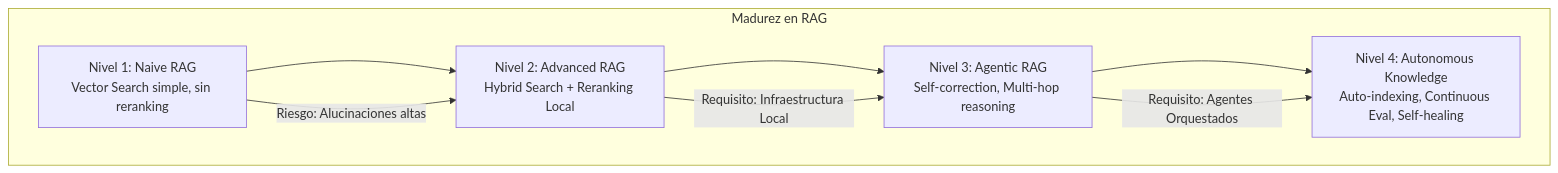
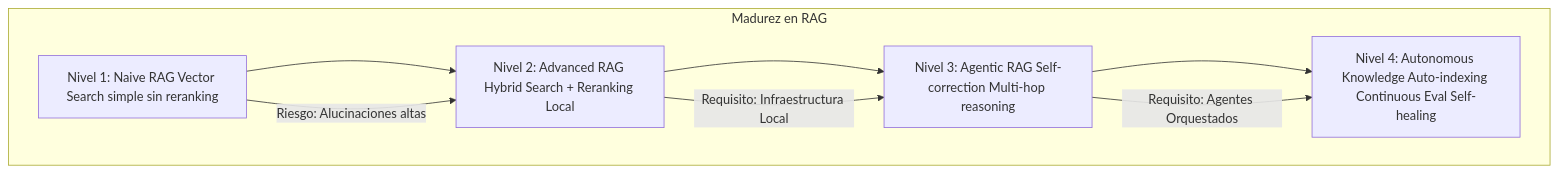
The third of 3 diagrams in 08_IA_Agentes/rag_avanzado_embeddings_locales_y_reranking_langchain4j_STAFF.md (Joaquinriosheredia/DAM-Java-Mastery), drawn with Mermaid before and after one commit. The commit also changed other lines of this file, not shown here.

Commit message:
rag_avanzado_embeddings_locales_y_reranking_langchain4j_STAFF.md

````diff
--- a/08_IA_Agentes/rag_avanzado_embeddings_locales_y_reranking_langchain4j_STAFF.md
+++ b/08_IA_Agentes/rag_avanzado_embeddings_locales_y_reranking_langchain4j_STAFF.md
@@ -449,13 +807,13 @@
 ```mermaid
 graph TD
     subgraph "Madurez en RAG"
-        L1[Nivel 1: Naive RAG<br>Vector Search simple, sin reranking] --> L2
-        L2[Nivel 2: Advanced RAG<br>Hybrid Search + Reranking Local] --> L3
-        L3[Nivel 3: Agentic RAG<br>Self-correction, Multi-hop reasoning] --> L4
-        L4[Nivel 4: Autonomous Knowledge<br>Auto-indexing, Continuous Eval, Self-healing]
+        L1[Nivel 1: Naive RAG Vector Search simple sin reranking] --> L2
+        L2[Nivel 2: Advanced RAG Hybrid Search + Reranking Local] --> L3
+        L3[Nivel 3: Agentic RAG Self-correction Multi-hop reasoning] --> L4
+        L4[Nivel 4: Autonomous Knowledge Auto-indexing Continuous Eval Self-healing]
     end
     
     L1 -->|Riesgo: Alucinaciones altas| L2
     L2 -->|Requisito: Infraestructura Local| L3
     L3 -->|Requisito: Agentes Orquestados| L4
 ```
````
